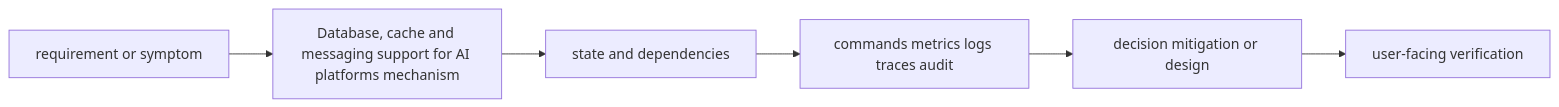
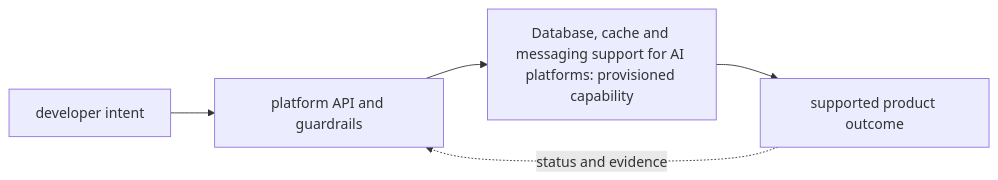
One commit to tomkidumbuyo/DevOps-interview-preparation changed the diagram in 12-platform-engineering/10-database-cache-and-messaging-support-for-ai-platforms/README.md. Above: the diagram before and after it, drawn with Mermaid. The commit also changed other lines of this file and 753 other files, not shown here.

````diff
--- a/12-platform-engineering/10-database-cache-and-messaging-support-for-ai-platforms/README.md
+++ b/12-platform-engineering/10-database-cache-and-messaging-support-for-ai-platforms/README.md
@@ -21,8 +31,7 @@
 ```mermaid
 flowchart LR
-  R[requirement or symptom] --> M[Database, cache and messaging support for AI platforms mechanism]
-  M --> S[state and dependencies]
-  S --> O[commands metrics logs traces audit]
-  O --> D[decision mitigation or design]
-  D --> V[user-facing verification]
+  A["developer intent"] --> B["platform API and guardrails"]
+  B --> C["Database, cache and messaging support for AI platforms: provisioned capability"]
+  C --> D["supported product outcome"]
+  D -. "status and evidence" .-> B
 ```
````
